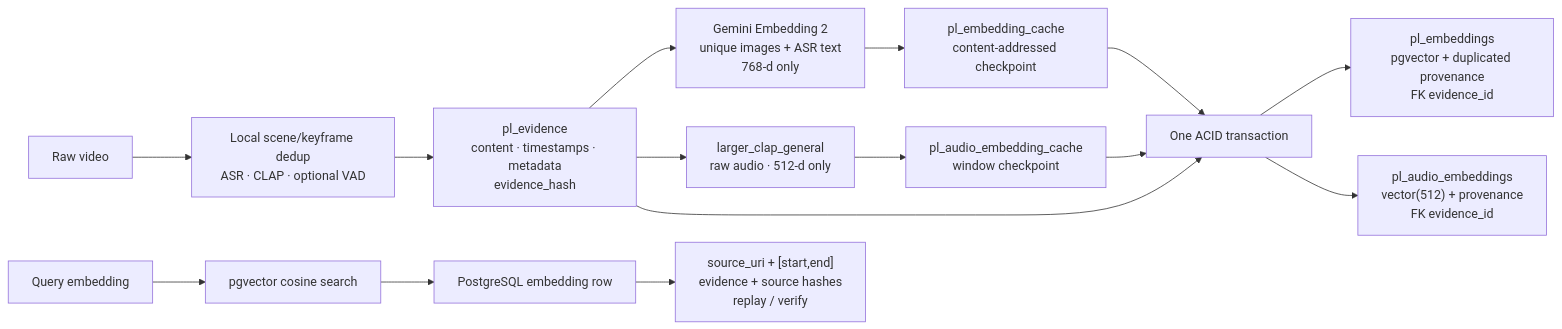
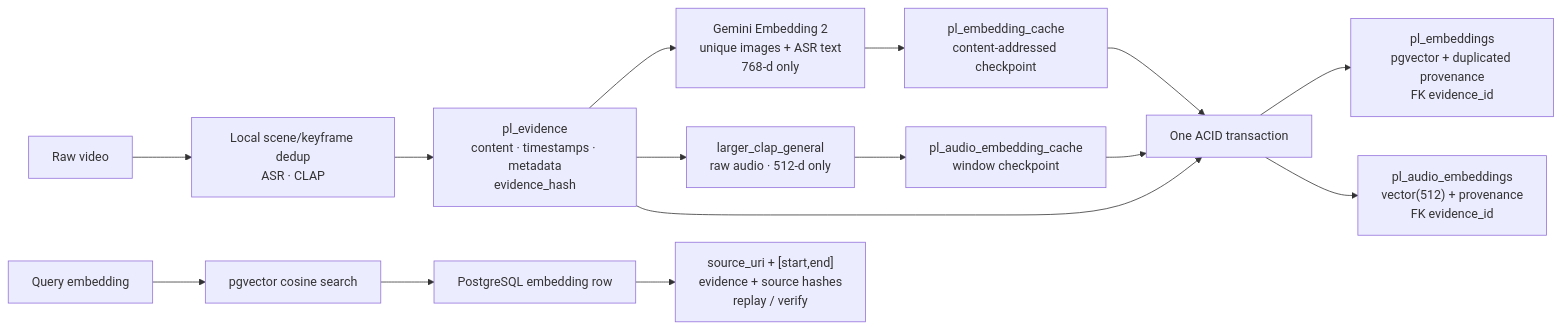
The second of 2 diagrams in README.md (giaphoang/PatrolLens), drawn with Mermaid before and after one commit. The commit also changed other lines of this file and 9 other files, not shown here.

````diff
--- a/README.md
+++ b/README.md
@@ -221,17 +218,17 @@
 ```mermaid
 flowchart LR
-    RAW["Raw video"] --> LOCAL["Local scene/keyframe dedup\nASR · CLAP · optional VAD"]
+    RAW["Raw video"] --> LOCAL["Local scene/keyframe dedup\nASR · CLAP"]
     LOCAL --> E["pl_evidence\ncontent · timestamps · metadata\nevidence_hash"]
     E --> GE["Gemini Embedding 2\nunique images + ASR text\n768-d only"]
     E --> CE["larger_clap_general\nraw audio · 512-d only"]
     GE --> CACHE["pl_embedding_cache\ncontent-addressed checkpoint"]
     CE --> ACACHE["pl_audio_embedding_cache\nwindow checkpoint"]
     E --> TX["One ACID transaction"]
     CACHE --> TX
     ACACHE --> TX
     TX --> V["pl_embeddings\npgvector + duplicated provenance\nFK evidence_id"]
     TX --> AV["pl_audio_embeddings\nvector(512) + provenance\nFK evidence_id"]
     Q["Query embedding"] --> PG["pgvector cosine search"]
     PG --> ROW["PostgreSQL embedding row"]
     ROW --> REPLAY["source_uri + [start,end]\nevidence + source hashes\nreplay / verify"]
 ```
````
